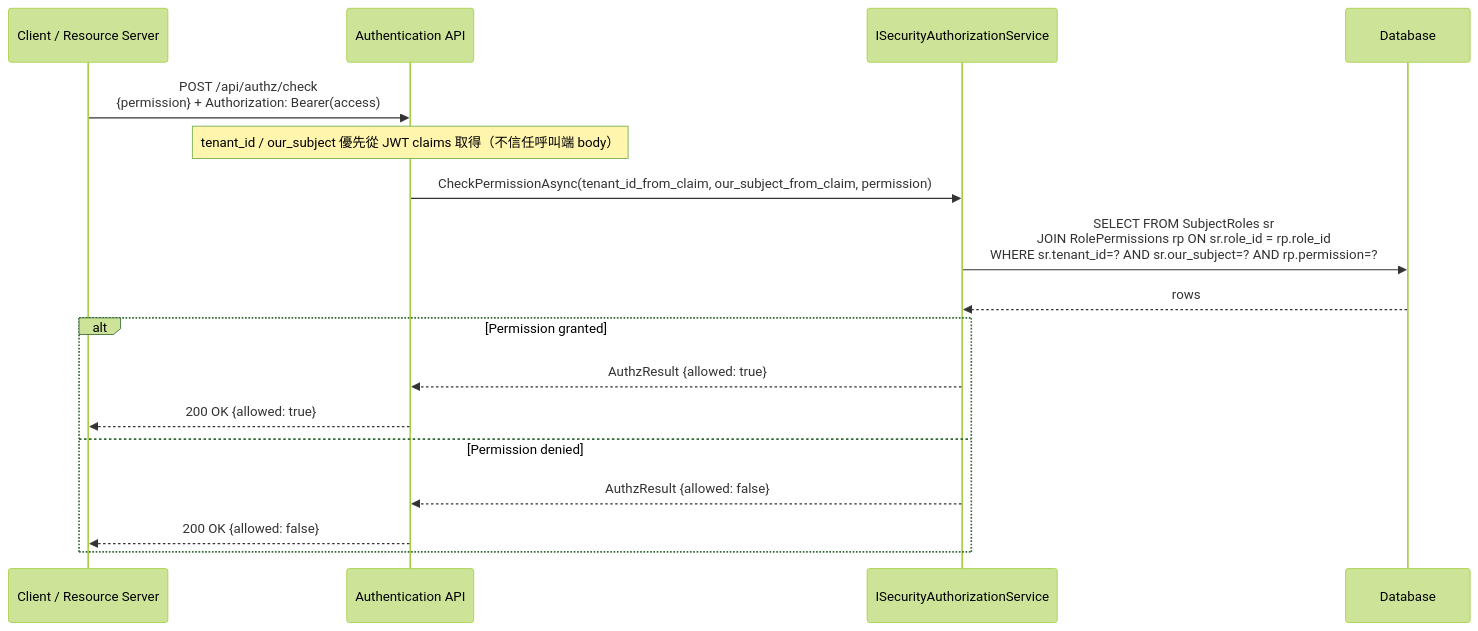
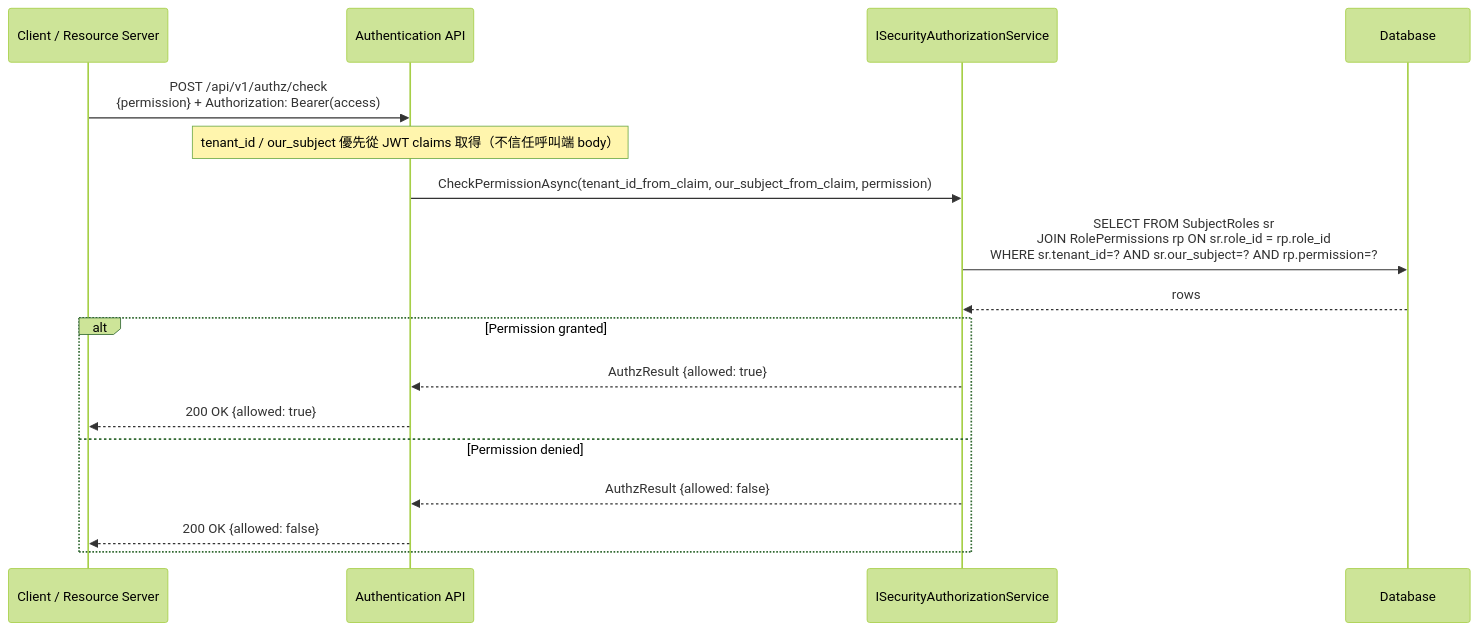
Diagram 15 of 16 in docs/SequenceDiagrams.md (Bird73/Service), drawn with Mermaid (forest theme) before and after one commit. The commit also changed other lines of this file and 72 other files, not shown here.

````diff
--- a/docs/SequenceDiagrams.md
+++ b/docs/SequenceDiagrams.md
@@ -364,21 +490,21 @@
 ```mermaid
 sequenceDiagram
     participant RS as Client / Resource Server
     participant API as Authentication API
     participant AZ as ISecurityAuthorizationService
     participant DB as Database
 
-    RS->>API: POST /api/authz/check<br/>{permission} + Authorization: Bearer(access)
+    RS->>API: POST /api/v1/authz/check<br/>{permission} + Authorization: Bearer(access)
     note over API: tenant_id / our_subject 優先從 JWT claims 取得（不信任呼叫端 body）
     API->>AZ: CheckPermissionAsync(tenant_id_from_claim, our_subject_from_claim, permission)
     AZ->>DB: SELECT FROM SubjectRoles sr<br/>JOIN RolePermissions rp ON sr.role_id = rp.role_id<br/>WHERE sr.tenant_id=? AND sr.our_subject=? AND rp.permission=?
     DB-->>AZ: rows
 
     alt Permission granted
         AZ-->>API: AuthzResult {allowed: true}
         API-->>RS: 200 OK {allowed: true}
     else Permission denied
         AZ-->>API: AuthzResult {allowed: false}
         API-->>RS: 200 OK {allowed: false}
     end
 ```
````
